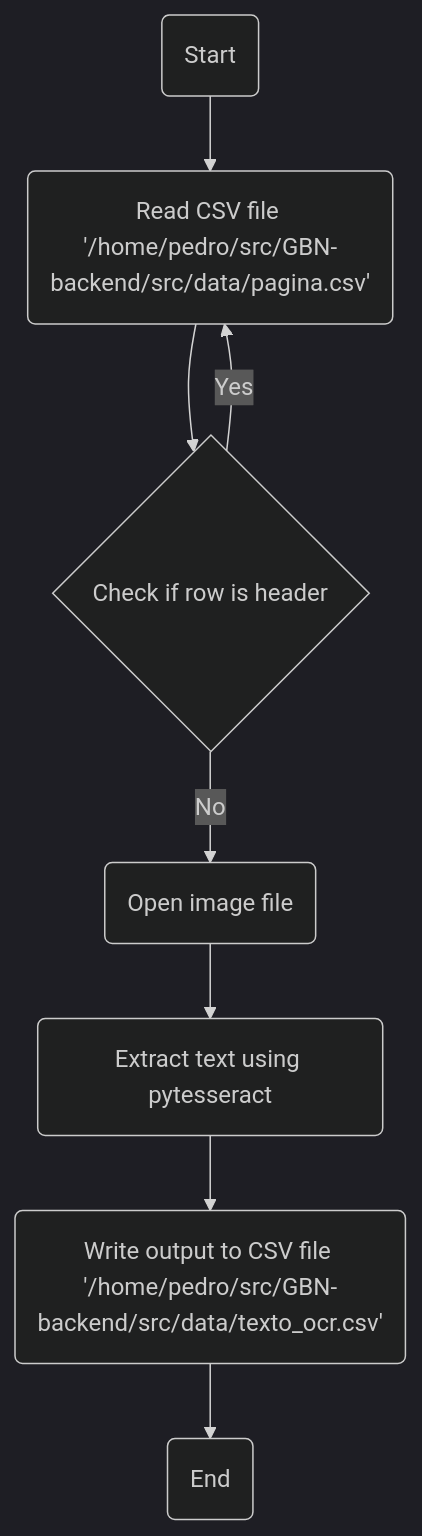
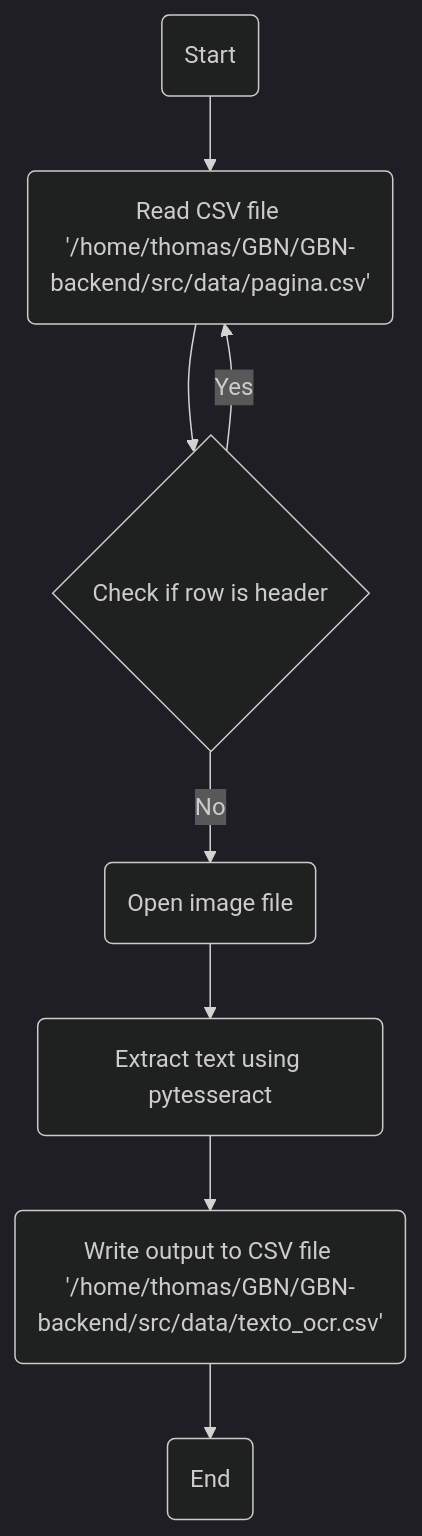
Before and after one commit to VRI-UFPR/GBN-backend: the first of 2 diagrams in docs/src/utils/generate_ocr.py.md, drawn with Mermaid (dark theme). The commit also changed other lines of this file and 30 other files, not shown here.

````diff
--- a/docs/src/utils/generate_ocr.py.md
+++ b/docs/src/utils/generate_ocr.py.md
@@ -7,10 +7,10 @@
 ```mermaid
 graph TD
-    Start("Start") --> ReadCSV("Read CSV file '/home/pedro/src/GBN-backend/src/data/pagina.csv'")
+    Start("Start") --> ReadCSV("Read CSV file '/home/thomas/GBN/GBN-backend/src/data/pagina.csv'")
     ReadCSV --> CheckHeader{"Check if row is header"}
     CheckHeader -- "Yes" --> ReadCSV
     CheckHeader -- "No" --> OpenImage("Open image file")
     OpenImage --> ExtractText("Extract text using pytesseract")
-    ExtractText --> WriteCSV("Write output to CSV file '/home/pedro/src/GBN-backend/src/data/texto_ocr.csv'")
+    ExtractText --> WriteCSV("Write output to CSV file '/home/thomas/GBN/GBN-backend/src/data/texto_ocr.csv'")
     WriteCSV --> End("End")
 ```
````
